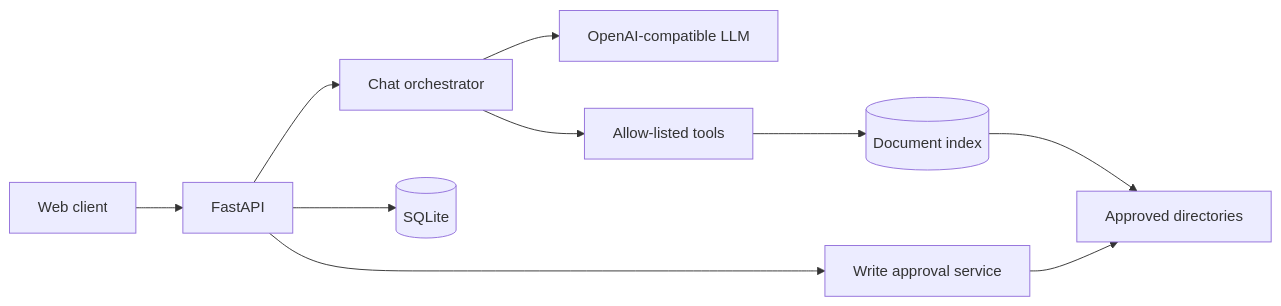
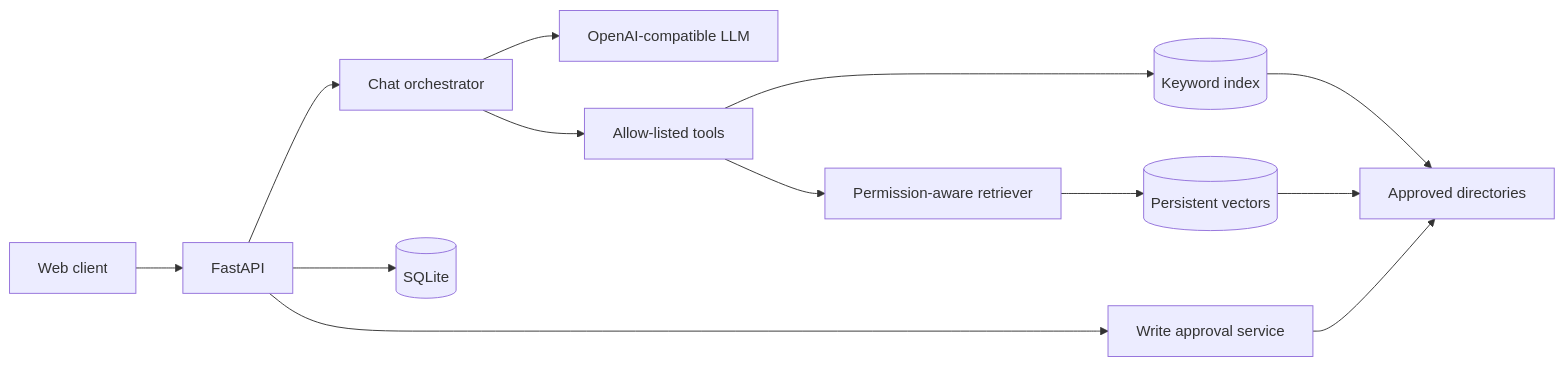
Before and after one commit to muratshimshek/smartops-ai: the diagram in README.md, drawn with Mermaid. The commit also changed other lines of this file and 31 other files, not shown here.

Commit message:
Add permission-aware RAG retrieval

````diff
--- a/README.md
+++ b/README.md
@@ -28,12 +29,15 @@
 ```mermaid
 flowchart LR
     Browser[Web client] --> API[FastAPI]
     API --> Orchestrator[Chat orchestrator]
     Orchestrator --> LLM[OpenAI-compatible LLM]
     Orchestrator --> Tools[Allow-listed tools]
-    Tools --> Index[(Document index)]
-    Index --> Files[Approved directories]
+    Tools --> Keyword[(Keyword index)]
+    Tools --> Retriever[Permission-aware retriever]
+    Retriever --> Vectors[(Persistent vectors)]
+    Keyword --> Files[Approved directories]
+    Vectors --> Files
     API --> Approval[Write approval service]
     Approval --> Files
     API --> DB[(SQLite)]
 ```
````
